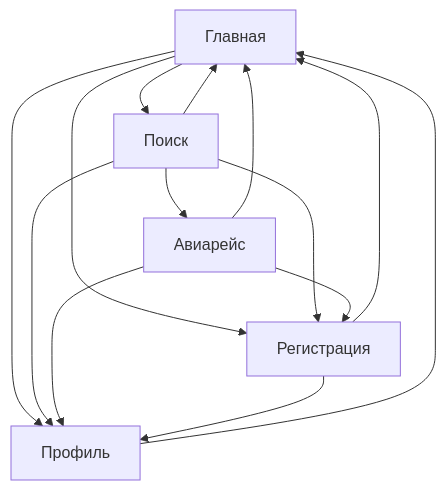
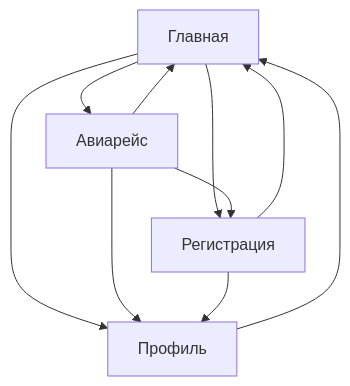
The diagram in README.md (Mb-NextTime/cmc-web-prac), drawn with Mermaid before and after one commit. The commit also changed other lines of this file, not shown here.

````diff
--- a/README.md
+++ b/README.md
@@ -121,16 +110,12 @@
 ```mermaid
 graph TD;
-    Главная-->Поиск;
-    Поиск-->Авиарейс;
     Главная-->Профиль;
-    Поиск-->Профиль;
+    Главная-->Авиарейс;
     Авиарейс-->Профиль;
-    Поиск-->Главная;
     Авиарейс-->Главная;
     Профиль-->Главная;
     Главная-->Регистрация;
-    Поиск-->Регистрация;
     Авиарейс-->Регистрация;
     Регистрация-->Профиль;
     Регистрация-->Главная
 ```
````
